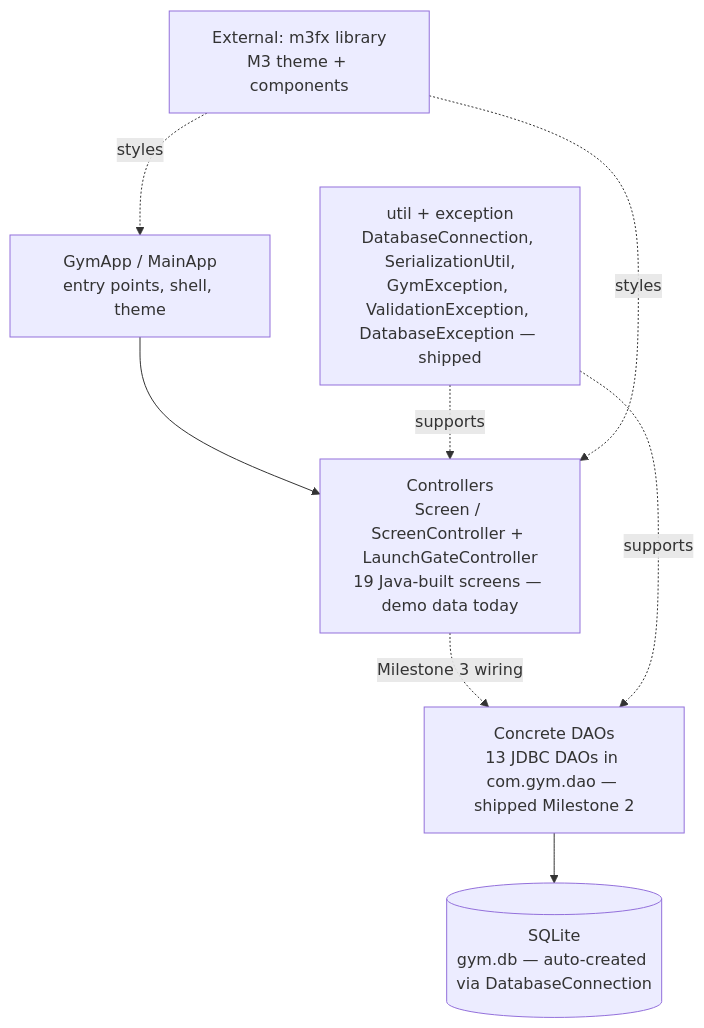
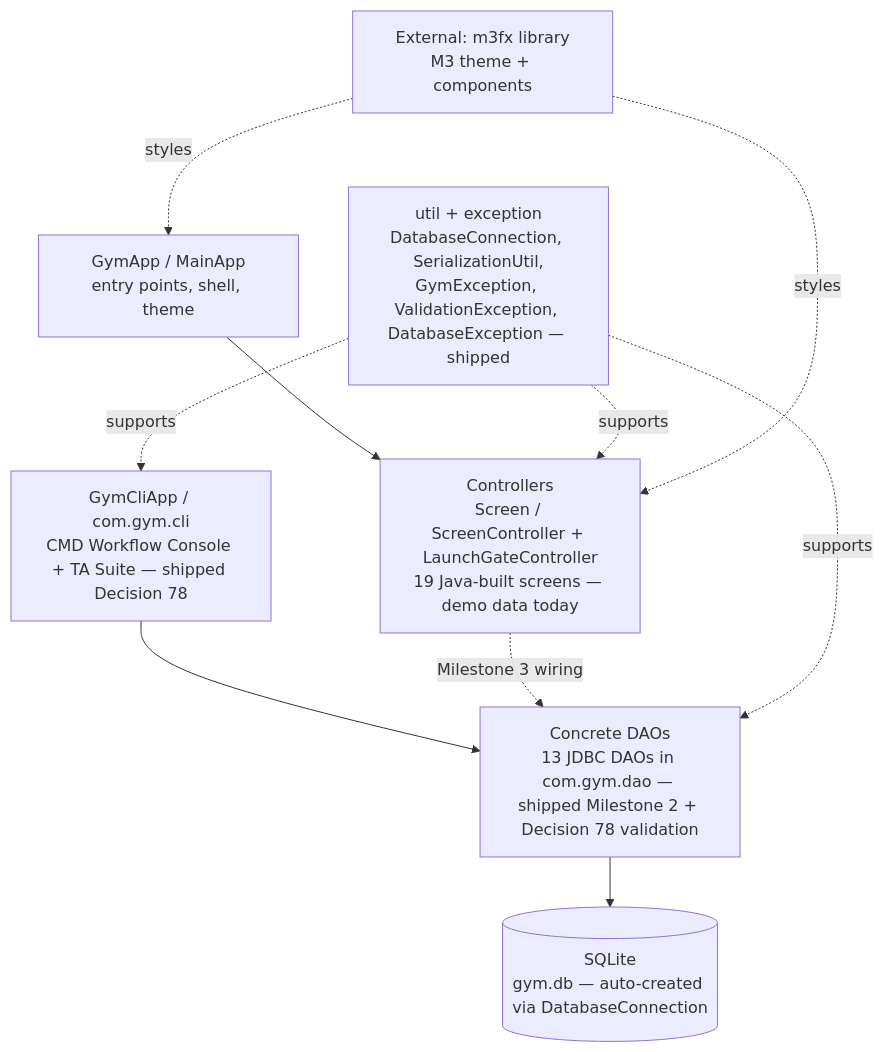
Before and after one commit to Agono0/gym-management-system: the third of 8 diagrams in docs/UML.md, drawn with Mermaid. The commit also changed other lines of this file and 36 other files, not shown here.

First line of the commit message:
feat(gym): add CMD terminal workflow UI, upgrade DAO validation, and sync docs

````diff
--- a/docs/UML.md
+++ b/docs/UML.md
@@ -531,10 +531,12 @@
 ```mermaid
 flowchart TD
     APP[GymApp / MainApp<br/>entry points, shell, theme] --> CTRL[Controllers<br/>Screen / ScreenController + LaunchGateController<br/>19 Java-built screens — demo data today]
-    CTRL -. Milestone 3 wiring .-> DAO[Concrete DAOs<br/>13 JDBC DAOs in com.gym.dao — shipped Milestone 2]
+    CLI[GymCliApp / com.gym.cli<br/>CMD Workflow Console + TA Suite — shipped Decision 78] --> DAO[Concrete DAOs<br/>13 JDBC DAOs in com.gym.dao — shipped Milestone 2 + Decision 78 validation]
+    CTRL -. Milestone 3 wiring .-> DAO
     DAO --> DB[(SQLite<br/>gym.db — auto-created via DatabaseConnection)]
     UTIL[util + exception<br/>DatabaseConnection, SerializationUtil,<br/>GymException, ValidationException, DatabaseException — shipped] -. supports .-> DAO
+    UTIL -. supports .-> CLI
     UTIL -. supports .-> CTRL
     M3FX[External: m3fx library<br/>M3 theme + components] -. styles .-> APP
     M3FX -. styles .-> CTRL
 ```
````
